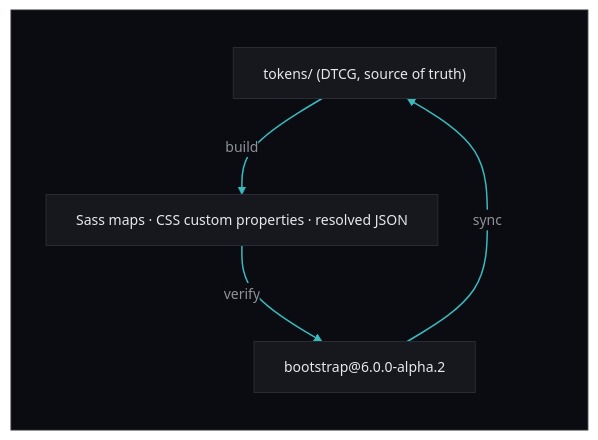
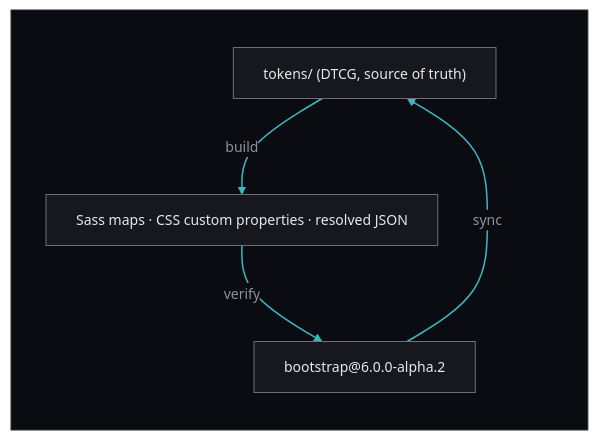
One commit to julien-deramond/bootstrap-tokens changed the diagram in README.md. Above: the diagram before and after it, drawn with Mermaid.

Commit message:
docs(readme): outline the Mermaid diagram nodes in line-strong (#131)

````diff
--- a/README.md
+++ b/README.md
@@ -60,19 +60,19 @@
 ```mermaid
-%%{init: {"fontFamily": "ui-monospace, SFMono-Regular, Menlo, Consolas, monospace", "flowchart": {"wrappingWidth": 480}, "theme": "base", "themeVariables": {"darkMode": true, "dropShadow": "none", "background": "#0A0C11", "fontFamily": "ui-monospace, SFMono-Regular, Menlo, Consolas, monospace", "fontSize": "14px", "primaryColor": "#16181E", "primaryTextColor": "#E6E8EC", "primaryBorderColor": "#292C33", "secondaryColor": "#16181E", "tertiaryColor": "#0A0C11", "lineColor": "#3AB9BF", "textColor": "#E6E8EC", "clusterBkg": "#0A0C11", "clusterBorder": "#292C33", "titleColor": "#8F929A", "edgeLabelBackground": "#0A0C11"}}}%%
+%%{init: {"fontFamily": "ui-monospace, SFMono-Regular, Menlo, Consolas, monospace", "flowchart": {"wrappingWidth": 480}, "theme": "base", "themeVariables": {"darkMode": true, "dropShadow": "none", "background": "#0A0C11", "fontFamily": "ui-monospace, SFMono-Regular, Menlo, Consolas, monospace", "fontSize": "14px", "primaryColor": "#16181E", "primaryTextColor": "#E6E8EC", "primaryBorderColor": "#6C6F76", "secondaryColor": "#16181E", "tertiaryColor": "#0A0C11", "lineColor": "#3AB9BF", "textColor": "#E6E8EC", "clusterBkg": "#0A0C11", "clusterBorder": "#292C33", "titleColor": "#8F929A", "edgeLabelBackground": "#0A0C11"}}}%%
 flowchart TB
   accTitle: The build, verify and sync loop
   accDescr: tokens is the DTCG source of truth. Build turns it into Sass maps, CSS custom properties and resolved JSON. Verify checks those outputs against the pinned bootstrap@6.0.0-alpha.2. Sync reads the pinned bootstrap@6.0.0-alpha.2 back into tokens.
 
   subgraph field[" "]
     direction TB
     tokens["tokens/ (DTCG, source of truth)"]
     outputs["Sass maps · CSS custom properties · resolved JSON"]
     bootstrap["bootstrap@6.0.0-alpha.2"]
     tokens -- build --> outputs
     outputs -- verify --> bootstrap
     bootstrap -- sync --> tokens
   end
 
   linkStyle default stroke-width:1.5px,color:#8F929A
   style field fill:#0A0C11,stroke:#292C33
 ```
````
